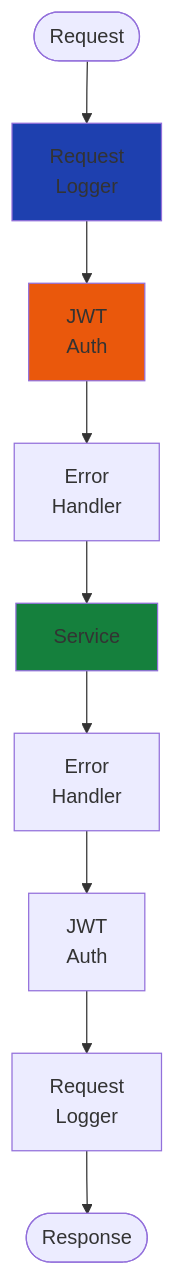
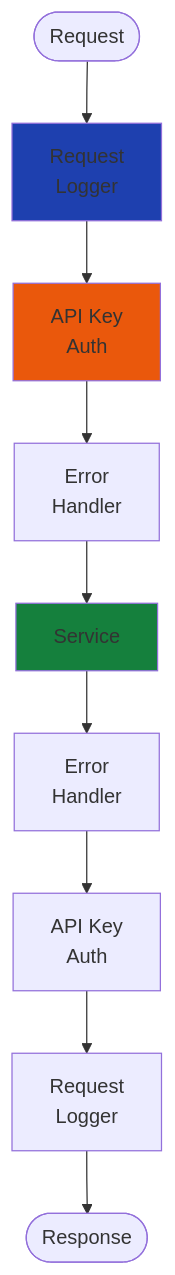
The sixth of 7 diagrams in docs/features/integrations/grpc/concepts.md (markolofsen/django-cfg), drawn with Mermaid before and after one commit. The commit also changed other lines of this file and 41 other files, not shown here.

````diff
--- a/docs/features/integrations/grpc/concepts.md
+++ b/docs/features/integrations/grpc/concepts.md
@@ -287,15 +263,15 @@
 ```mermaid
 graph TB
     Request([Request]) --> I1[Request<br/>Logger]
-    I1 --> I2[JWT<br/>Auth]
+    I1 --> I2[API Key<br/>Auth]
     I2 --> I3[Error<br/>Handler]
     I3 --> Service[Service]
     Service --> I3b[Error<br/>Handler]
-    I3b --> I2b[JWT<br/>Auth]
+    I3b --> I2b[API Key<br/>Auth]
     I2b --> I1b[Request<br/>Logger]
     I1b --> Response([Response])
 
     style I1 fill:#1e40af
     style I2 fill:#ea580c
     style Service fill:#15803d
 ```
````
